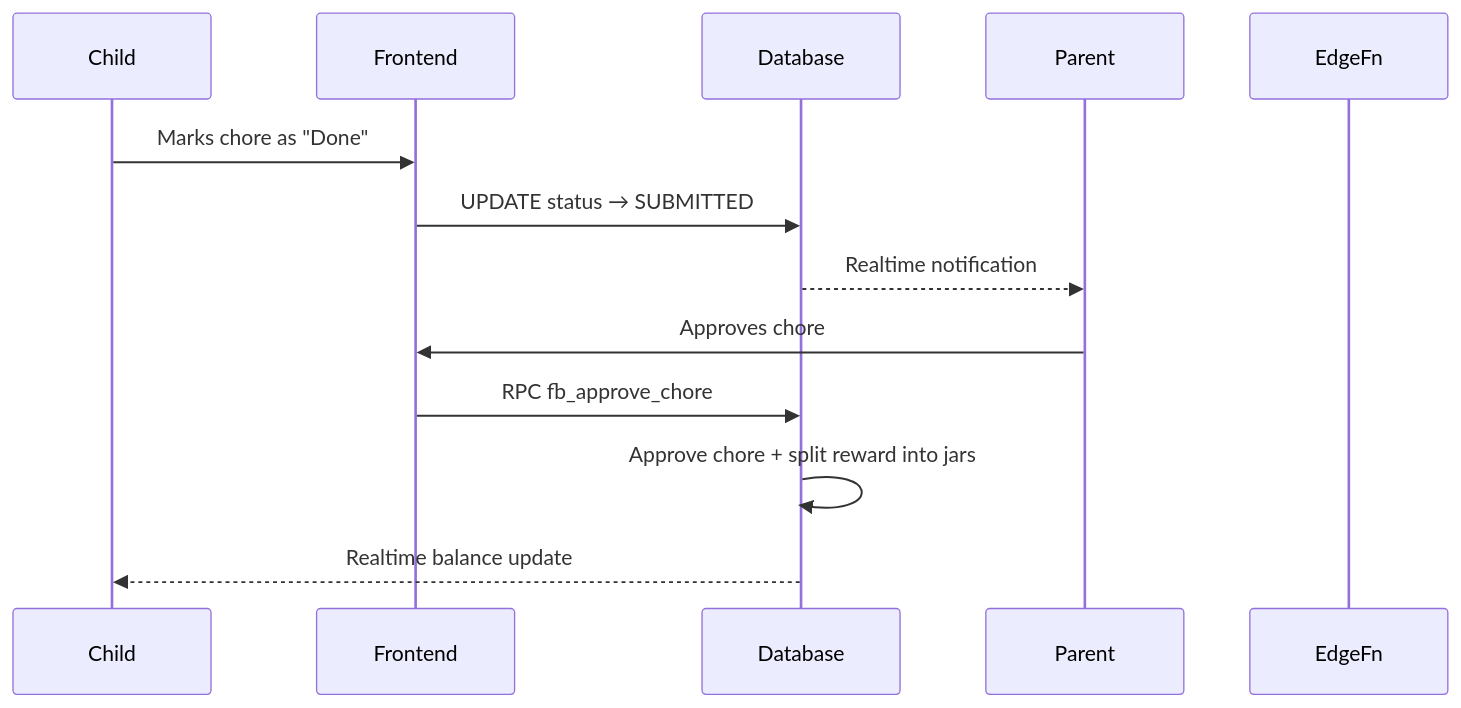
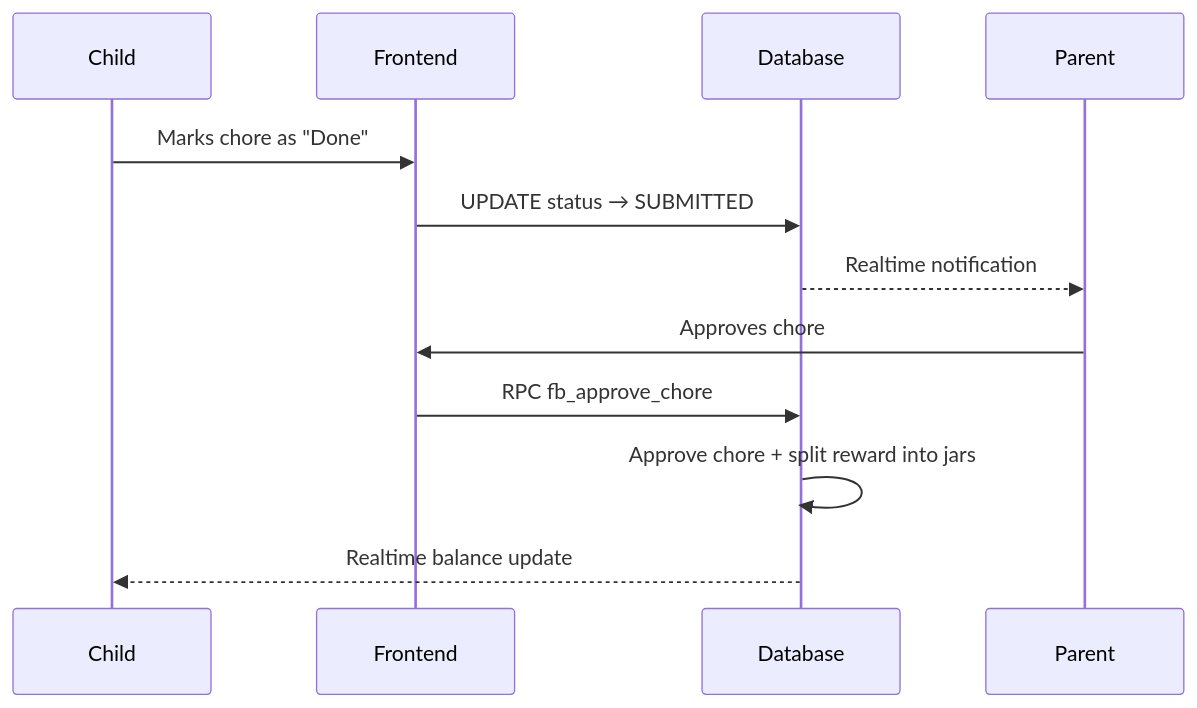
The second of 2 diagrams in README.md (anushayatirajula-lab/familybank), drawn with Mermaid before and after one commit.

````diff
--- a/README.md
+++ b/README.md
@@ -208,16 +208,15 @@
 ```mermaid
 sequenceDiagram
     participant Child
     participant Frontend
     participant Database
     participant Parent
-    participant EdgeFn
 
     Child->>Frontend: Marks chore as "Done"
     Frontend->>Database: UPDATE status → SUBMITTED
     Database-->>Parent: Realtime notification
     Parent->>Frontend: Approves chore
     Frontend->>Database: RPC fb_approve_chore
     Database->>Database: Approve chore + split reward into jars
     Database-->>Child: Realtime balance update
 ```
````
